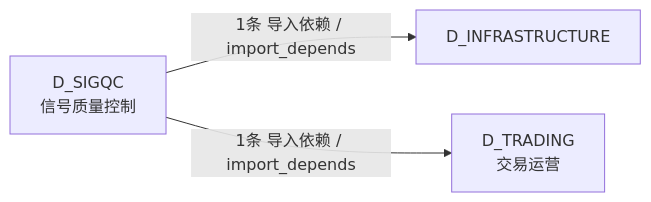
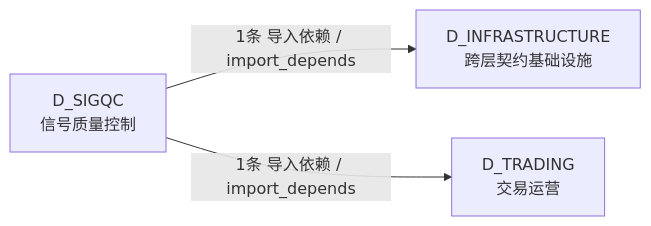
The third of 3 diagrams in docs/02_enterprise_architecture/02_domain_architecture_docs/56_d_sigqc.md (xuanFelixVan/ZephyrAlpha), drawn with Mermaid before and after one commit. The commit also changed other lines of this file and 125 other files, not shown here.

````diff
--- a/docs/02_enterprise_architecture/02_domain_architecture_docs/56_d_sigqc.md
+++ b/docs/02_enterprise_architecture/02_domain_architecture_docs/56_d_sigqc.md
@@ -137,8 +137,8 @@
 ```mermaid
 graph LR
     D_SIGQC["D_SIGQC<br/>信号质量控制"]
-    D_INFRASTRUCTURE["D_INFRASTRUCTURE"]
+    D_INFRASTRUCTURE["D_INFRASTRUCTURE<br/>跨层契约基础设施"]
     D_TRADING["D_TRADING<br/>交易运营"]
     D_SIGQC -->|1条 导入依赖 / import_depends| D_INFRASTRUCTURE
     D_SIGQC -->|1条 导入依赖 / import_depends| D_TRADING
 ```
````
